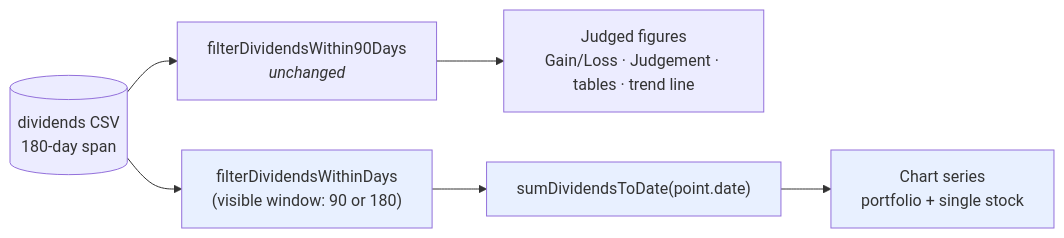
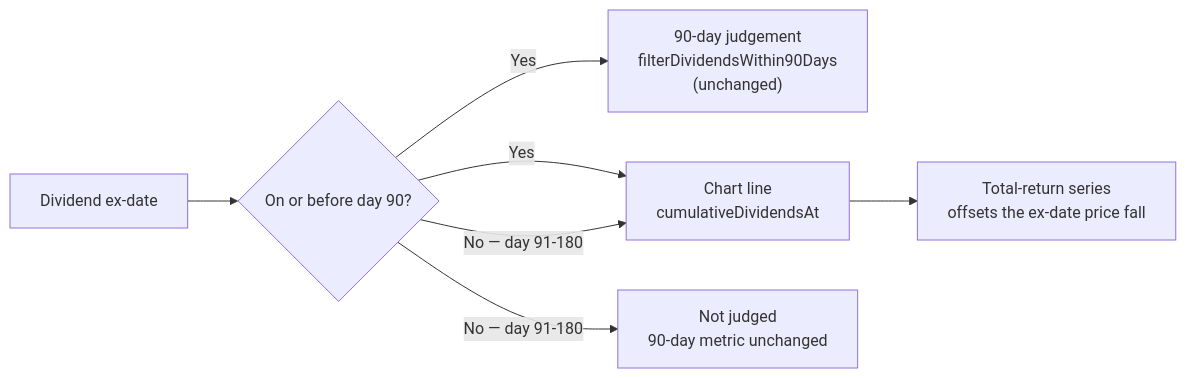
Before and after one commit to stSoftwareAU/GRQ-validation: the diagram in docs/archive/pr-summaries/pr-summary-817.md, drawn with Mermaid. The commit also changed other lines of this file, not shown here.

````diff
--- a/docs/archive/pr-summaries/pr-summary-817.md
+++ b/docs/archive/pr-summaries/pr-summary-817.md
@@ -90,11 +74,9 @@
 ```mermaid
 flowchart LR
-    D[(dividends CSV<br/>180-day span)] --> J["filterDividendsWithin90Days<br/><i>unchanged</i>"]
-    D --> W["filterDividendsWithinDays<br/>(visible window: 90 or 180)"]
-    J --> JF["Judged figures<br/>Gain/Loss · Judgement · tables · trend line"]
-    W --> S["sumDividendsToDate(point.date)"]
-    S --> C["Chart series<br/>portfolio + single stock"]
-    style W fill:#e8f0ff
-    style S fill:#e8f0ff
-    style C fill:#e8f0ff
+    D[Dividend ex-date] --> Q{On or before day 90?}
+    Q -->|Yes| J["90-day judgement<br/>filterDividendsWithin90Days<br/>(unchanged)"]
+    Q -->|Yes| C["Chart line<br/>cumulativeDividendsAt"]
+    Q -->|"No — day 91-180"| C
+    Q -->|"No — day 91-180"| X["Not judged<br/>90-day metric unchanged"]
+    C --> P["Total-return series<br/>offsets the ex-date price fall"]
 ```
````
